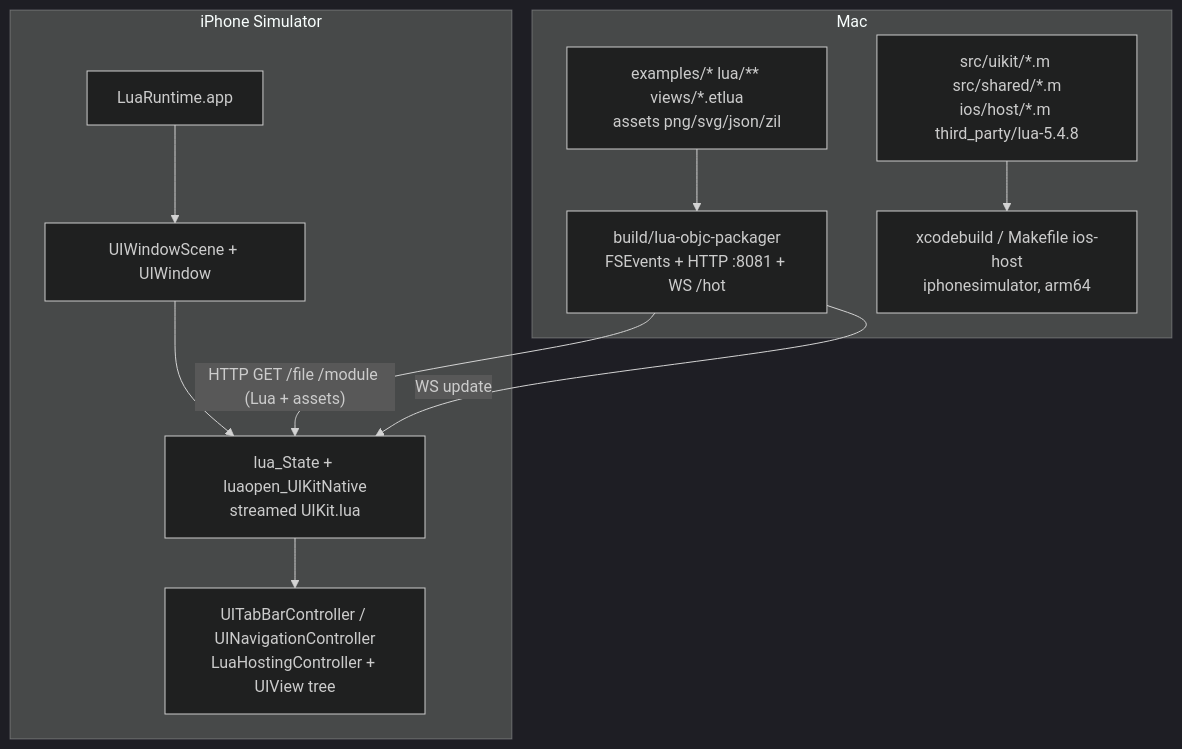
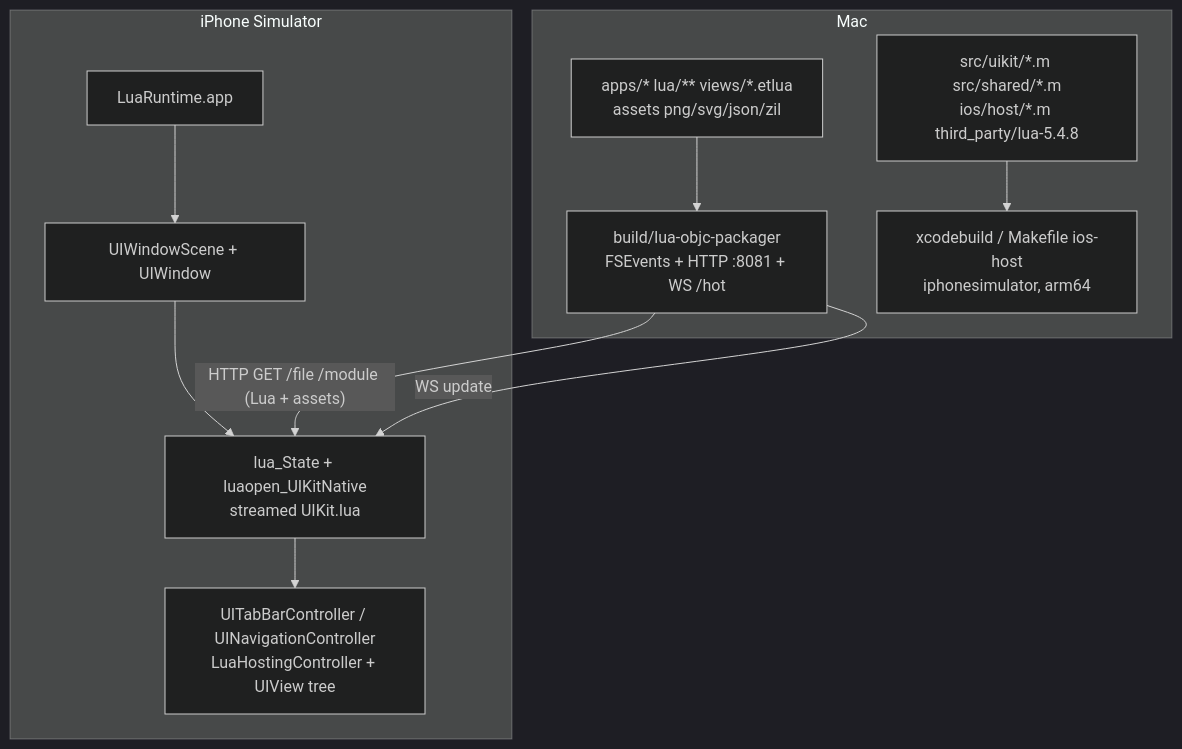
One commit to corepunch/lua-objc changed the first of 3 diagrams in docs/ios.md. Above: the diagram before and after it, drawn with Mermaid (dark theme). The commit also changed other lines of this file and 235 other files, not shown here.

Commit message:
Rename examples/ to apps/ and update all references

````diff
--- a/docs/ios.md
+++ b/docs/ios.md
@@ -134,20 +134,20 @@
 ```mermaid
 flowchart TB
   subgraph mac [Mac]
-    srcLua["examples/* lua/** views/*.etlua\nassets png/svg/json/zil"]
+    srcLua["apps/* lua/** views/*.etlua\nassets png/svg/json/zil"]
     packager["build/lua-objc-packager\nFSEvents + HTTP :8081 + WS /hot"]
     xcode["xcodebuild / Makefile ios-host\niphonesimulator, arm64"]
     srcLua --> packager
     srcNative["src/uikit/*.m src/shared/*.m\nios/host/*.m third_party/lua-5.4.8"] --> xcode
   end
 
   subgraph sim [iPhone Simulator]
     app["LuaRuntime.app"]
     scene["UIWindowScene + UIWindow"]
     lua["lua_State + luaopen_UIKitNative\nstreamed UIKit.lua"]
     tree["UITabBarController / UINavigationController\nLuaHostingController + UIView tree"]
     app --> scene --> lua --> tree
     packager -->|"HTTP GET /file /module (Lua + assets)"| lua
     packager -->|"WS update"| lua
   end
 ```
````
